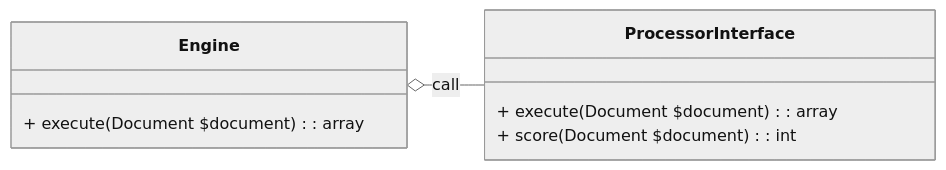
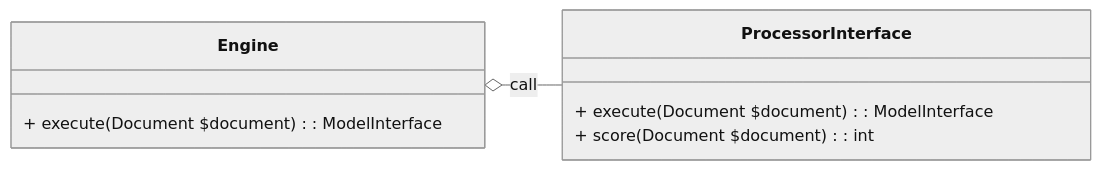
Before and after one commit to desarrolla2/viu_47_proyecto_de_ingenieria_del_software: the diagram in doc/diagrams/reader.mermaid, drawn with Mermaid (neutral theme). The commit also changed 21 other files, not shown here.

```diff
--- a/doc/diagrams/reader.mermaid
+++ b/doc/diagrams/reader.mermaid
@@ -1,12 +1,12 @@
 classDiagram
     direction LR
     Engine o-- ProcessorInterface: call
 
     class Engine {
-        + execute(Document $document): array
+        + execute(Document $document): ModelInterface
     }
 
     class ProcessorInterface {
-        + execute(Document $document): array
+        + execute(Document $document): ModelInterface
         + score(Document $document): int
     }
```
